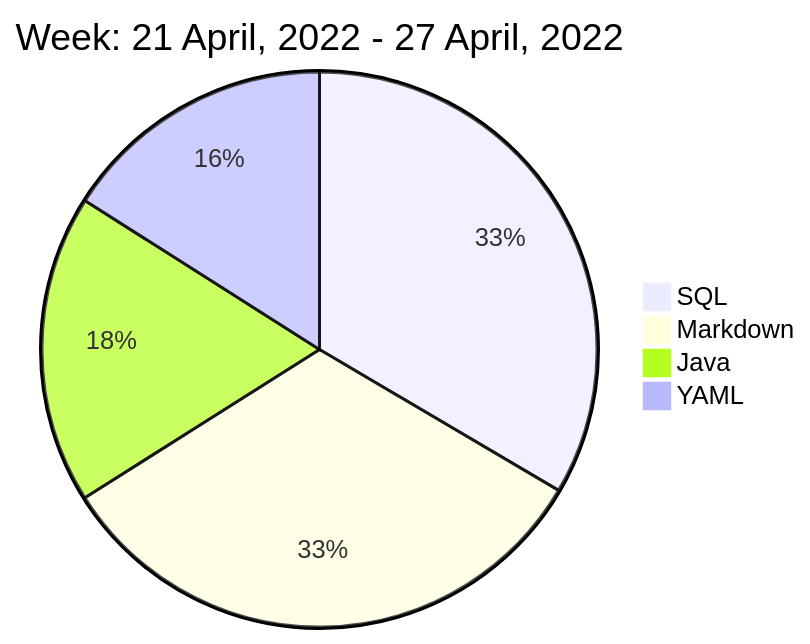
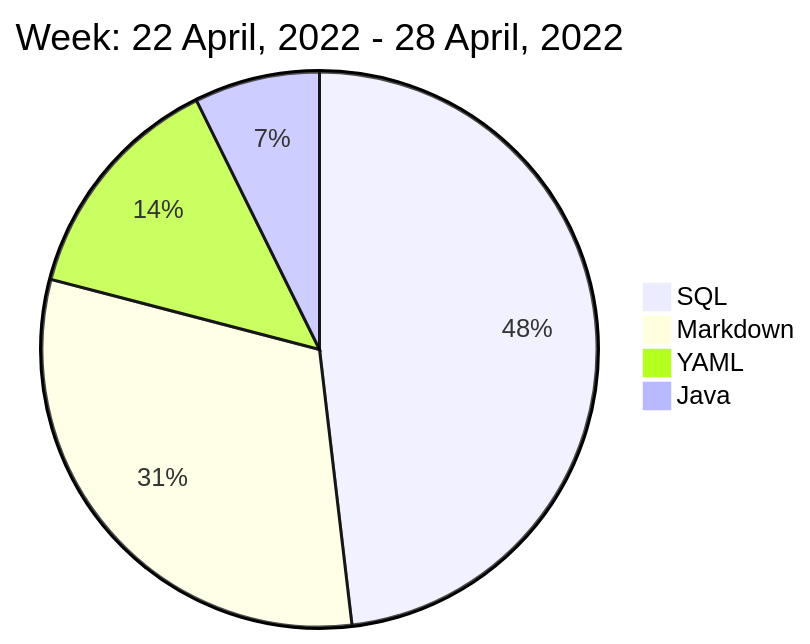
The diagram in README.md (liubin95/liubin95), drawn with Mermaid before and after one commit.

Commit message:
Updated the Graph with new Metrics

````diff
--- a/README.md
+++ b/README.md
@@ -40,8 +40,8 @@
 ```mermaid
  pie
-title Week: 21 April, 2022 - 27 April, 2022
- "SQL" : 4.75
- "Markdown" : 4.62
- "Java" : 2.55
- "YAML" : 2.27
+title Week: 22 April, 2022 - 28 April, 2022
+ "SQL" : 8.37
+ "Markdown" : 5.38
+ "YAML" : 2.37
+ "Java" : 1.27
 ```
````
